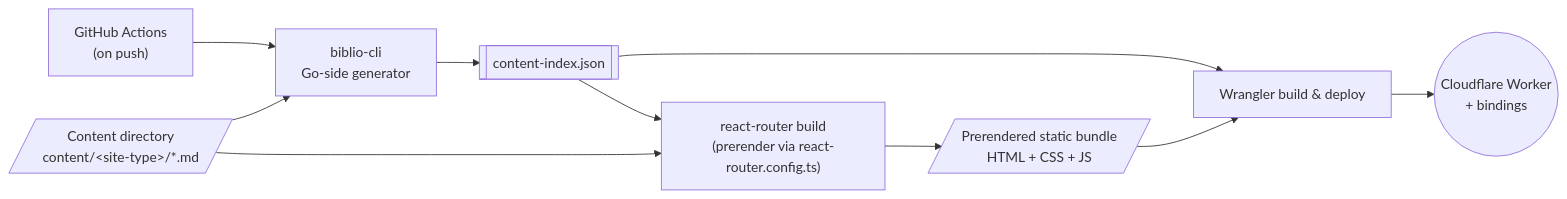
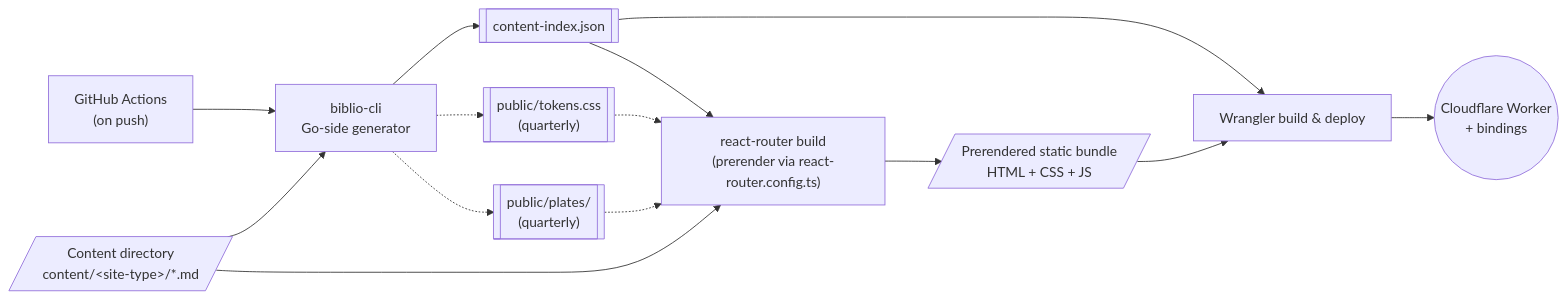
One commit to monamaret/biblio changed the second of 6 diagrams in specs/research/architecture.md. Above: the diagram before and after it, drawn with Mermaid. The commit also changed other lines of this file and 154 other files, not shown here.

````diff
--- a/specs/research/architecture.md
+++ b/specs/research/architecture.md
@@ -43,20 +43,26 @@
 ```mermaid
 flowchart LR
     content[/"Content directory<br/>content/&lt;site-type&gt;/*.md"/]
     cli["biblio-cli<br/>Go-side generator"]
     index[["content-index.json"]]
+    tokens[["public/tokens.css<br/>(quarterly)"]]
+    plates[["public/plates/<br/>(quarterly)"]]
     rr["react-router build<br/>(prerender via react-router.config.ts)"]
     dist[/"Prerendered static bundle<br/>HTML + CSS + JS"/]
     wrangler["Wrangler build & deploy"]
     worker(("Cloudflare Worker<br/>+ bindings"))
     gh["GitHub Actions<br/>(on push)"]
 
     gh --> cli
     content --> cli --> index
+    cli -.-> tokens
+    cli -.-> plates
     index --> rr
+    tokens -.-> rr
+    plates -.-> rr
     content --> rr
     rr --> dist
     index --> wrangler
     dist --> wrangler
     wrangler --> worker
 ```
````
